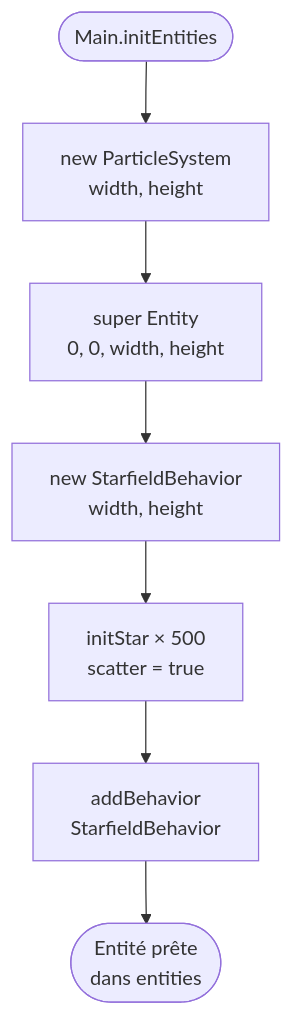
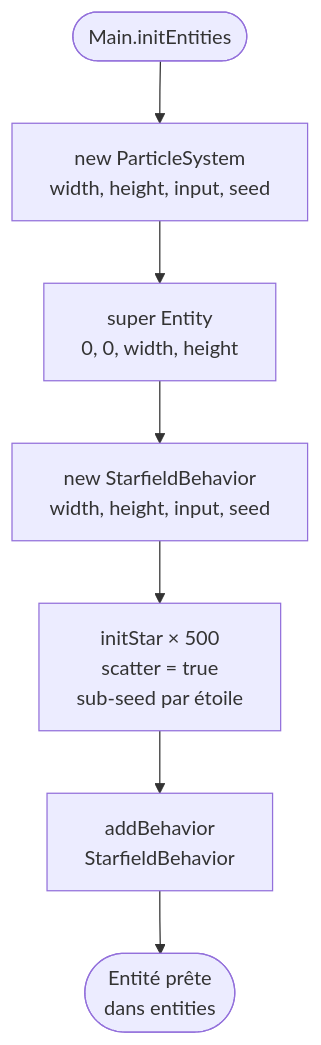
Before and after one commit to mcgivrer/demo001-arm64: the second of 2 diagrams in src/docs/03-particle-system.md, drawn with Mermaid. The commit also changed other lines of this file and 11 other files, not shown here.

````diff
--- a/src/docs/03-particle-system.md
+++ b/src/docs/03-particle-system.md
@@ -54,9 +54,9 @@
 ```mermaid
 flowchart TD
-    A([Main.initEntities]) --> B[new ParticleSystem\nwidth, height]
+    A([Main.initEntities]) --> B[new ParticleSystem\nwidth, height, input, seed]
     B --> C[super Entity\n0, 0, width, height]
-    C --> D[new StarfieldBehavior\nwidth, height]
-    D --> E[initStar × 500\nscatter = true]
+    C --> D[new StarfieldBehavior\nwidth, height, input, seed]
+    D --> E[initStar × 500\nscatter = true\nsub-seed par étoile]
     E --> F[addBehavior\nStarfieldBehavior]
     F --> G([Entité prête\ndans entities])
 ```
````
